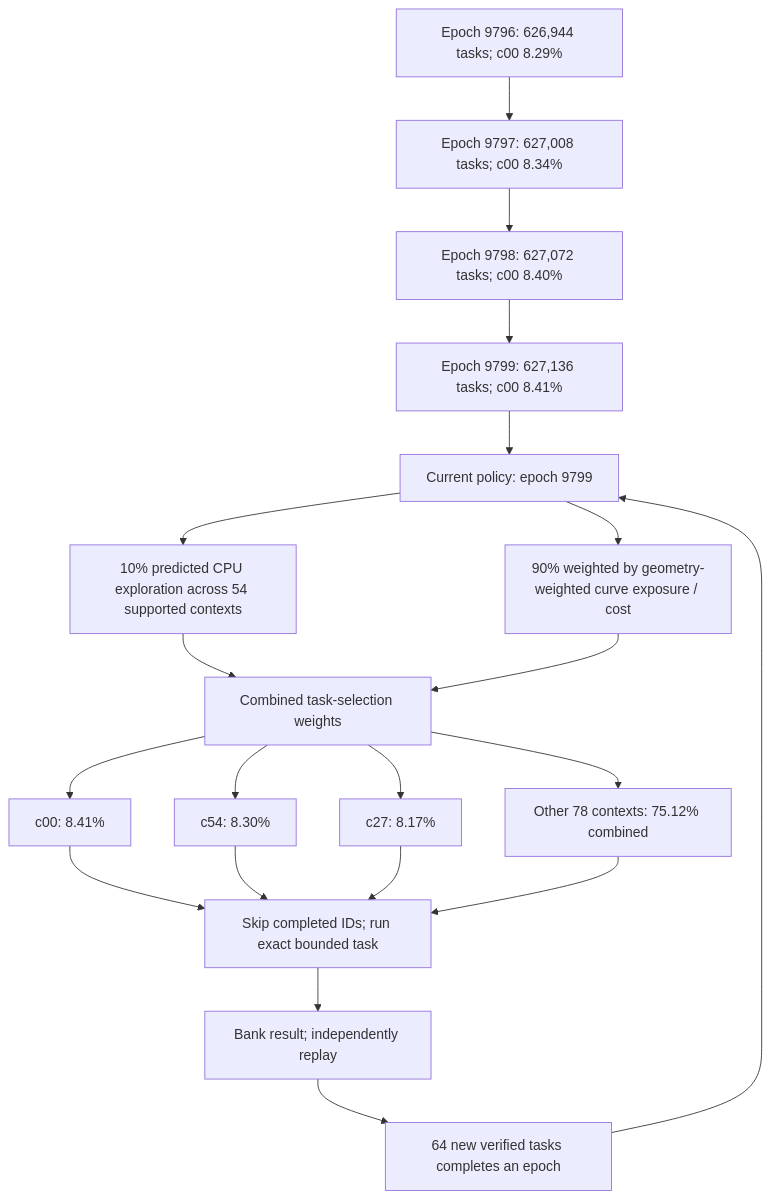
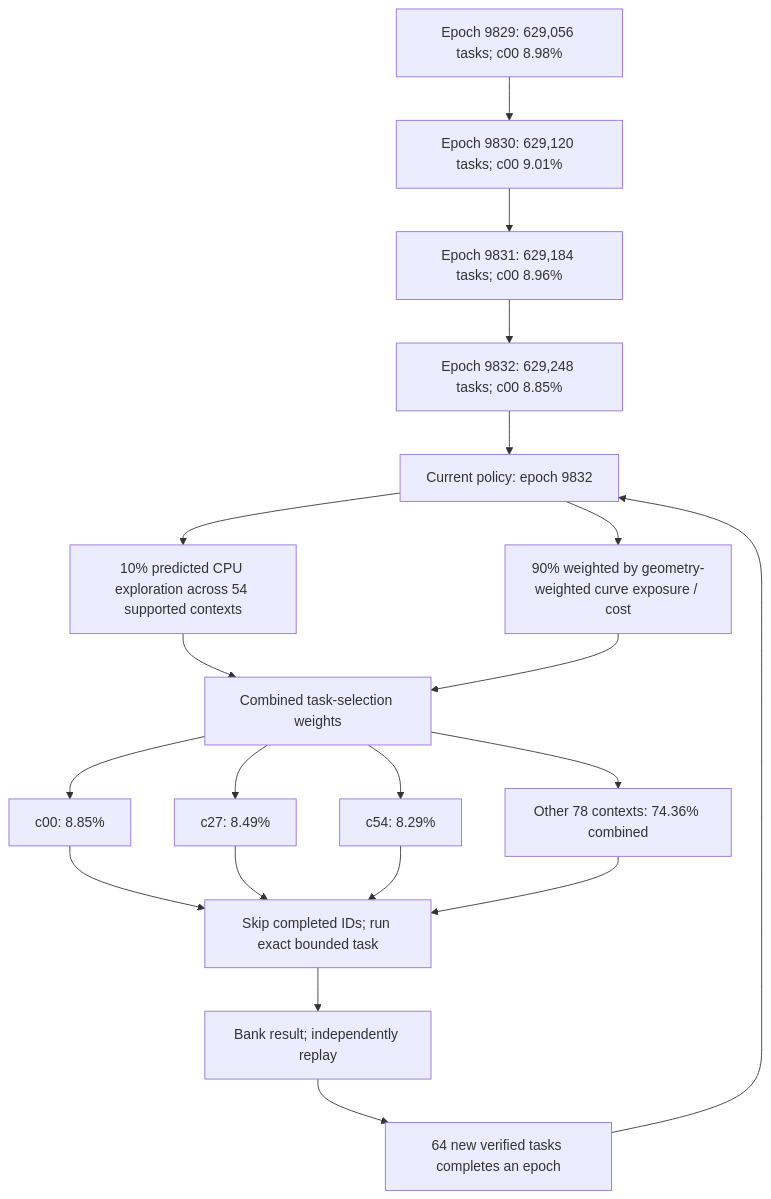
The first of 4 diagrams in README.md (Kuberwastaken/math-gambling), drawn with Mermaid before and after one commit. The commit also changed other lines of this file and 8415 other files, not shown here.

````diff
--- a/README.md
+++ b/README.md
@@ -60,27 +60,27 @@
 ```mermaid
 flowchart TD
-    H0["Epoch 9796: 626,944 tasks; c00 8.29%"]
-    H1["Epoch 9797: 627,008 tasks; c00 8.34%"]
+    H0["Epoch 9829: 629,056 tasks; c00 8.98%"]
+    H1["Epoch 9830: 629,120 tasks; c00 9.01%"]
     H0 --> H1
-    H2["Epoch 9798: 627,072 tasks; c00 8.40%"]
+    H2["Epoch 9831: 629,184 tasks; c00 8.96%"]
     H1 --> H2
-    H3["Epoch 9799: 627,136 tasks; c00 8.41%"]
+    H3["Epoch 9832: 629,248 tasks; c00 8.85%"]
     H2 --> H3
-    Policy["Current policy: epoch 9799"]
+    Policy["Current policy: epoch 9832"]
     H3 --> Policy
     Policy --> Explore["10% predicted CPU exploration across 54 supported contexts"]
     Policy --> Cost["90% weighted by geometry-weighted curve exposure / cost"]
     Explore --> Mix["Combined task-selection weights"]
     Cost --> Mix
-    Mix --> C0["c00: 8.41%"]
-    Mix --> C1["c54: 8.30%"]
-    Mix --> C2["c27: 8.17%"]
-    Mix --> Rest["Other 78 contexts: 75.12% combined"]
+    Mix --> C0["c00: 8.85%"]
+    Mix --> C1["c27: 8.49%"]
+    Mix --> C2["c54: 8.29%"]
+    Mix --> Rest["Other 78 contexts: 74.36% combined"]
     C0 --> Check["Skip completed IDs; run exact bounded task"]
     C1 --> Check
     C2 --> Check
     Rest --> Check
     Check --> Replay["Bank result; independently replay"]
     Replay --> Gate["64 new verified tasks completes an epoch"]
     Gate --> Policy
 ```
````
